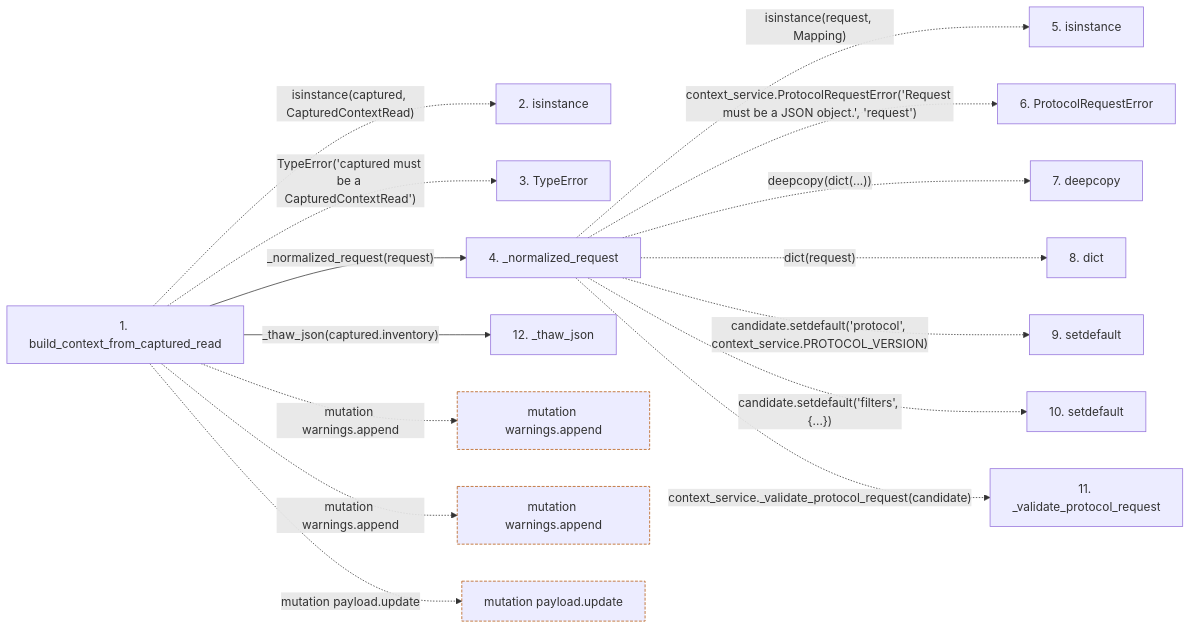
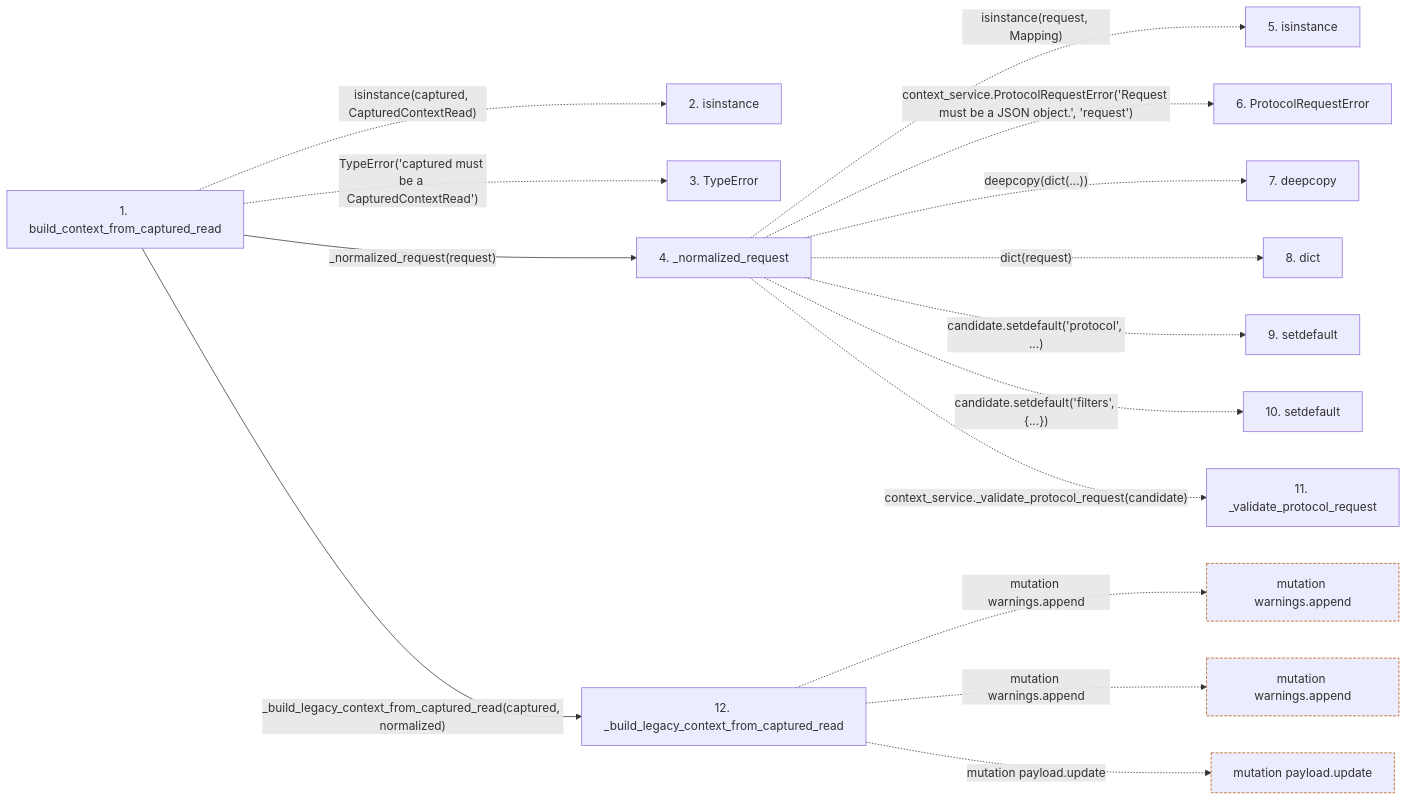
The second of 2 diagrams in docs/llm_wiki/flows/api-build_context_from_captured_read.md (Denissvgn/python-wiki-llm), drawn with Mermaid before and after one commit. The commit also changed other lines of this file and 364 other files, not shown here.

````diff
--- a/docs/llm_wiki/flows/api-build_context_from_captured_read.md
+++ b/docs/llm_wiki/flows/api-build_context_from_captured_read.md
@@ -70,39 +70,39 @@
 ```mermaid
 flowchart LR
     s1["1. build_context_from_captured_read"]
     s2["2. isinstance"]
     s3["3. TypeError"]
     s4["4. _normalized_request"]
     s5["5. isinstance"]
     s6["6. ProtocolRequestError"]
     s7["7. deepcopy"]
     s8["8. dict"]
     s9["9. setdefault"]
     s10["10. setdefault"]
     s11["11. _validate_protocol_request"]
-    s12["12. _thaw_json"]
+    s12["12. _build_legacy_context_from_captured_read"]
     s1 -. "isinstance(captured, CapturedContextRead)" .-> s2
     s1 -. "TypeError('captured must be a CapturedContextRead')" .-> s3
     s1 -->|"_normalized_request(request)"| s4
     s4 -. "isinstance(request, Mapping)" .-> s5
     s4 -. "context_service.ProtocolRequestError('Request must be a JSON object.', 'request')" .-> s6
     s4 -. "deepcopy(dict(...))" .-> s7
     s4 -. "dict(request)" .-> s8
-    s4 -. "candidate.setdefault('protocol', context_service.PROTOCOL_VERSION)" .-> s9
+    s4 -. "candidate.setdefault('protocol', ...)" .-> s9
     s4 -. "candidate.setdefault('filters', {...})" .-> s10
     s4 -. "context_service._validate_protocol_request(candidate)" .-> s11
-    s1 -->|"_thaw_json(captured.inventory)"| s12
+    s1 -->|"_build_legacy_context_from_captured_read(captured, normalized)"| s12
     b0["mutation warnings.append"]
-    s1 -. "mutation warnings.append" .-> b0
+    s12 -. "mutation warnings.append" .-> b0
     b1["mutation warnings.append"]
-    s1 -. "mutation warnings.append" .-> b1
+    s12 -. "mutation warnings.append" .-> b1
     b2["mutation payload.update"]
-    s1 -. "mutation payload.update" .-> b2
+    s12 -. "mutation payload.update" .-> b2
     click s1 "../modules/context_packet.md"
     click s4 "../modules/context_packet.md"
     click s12 "../modules/context_packet.md"
     classDef boundary stroke:#b45309,stroke-dasharray: 4 2
     class b0 boundary
     class b1 boundary
     class b2 boundary
 ```
````
